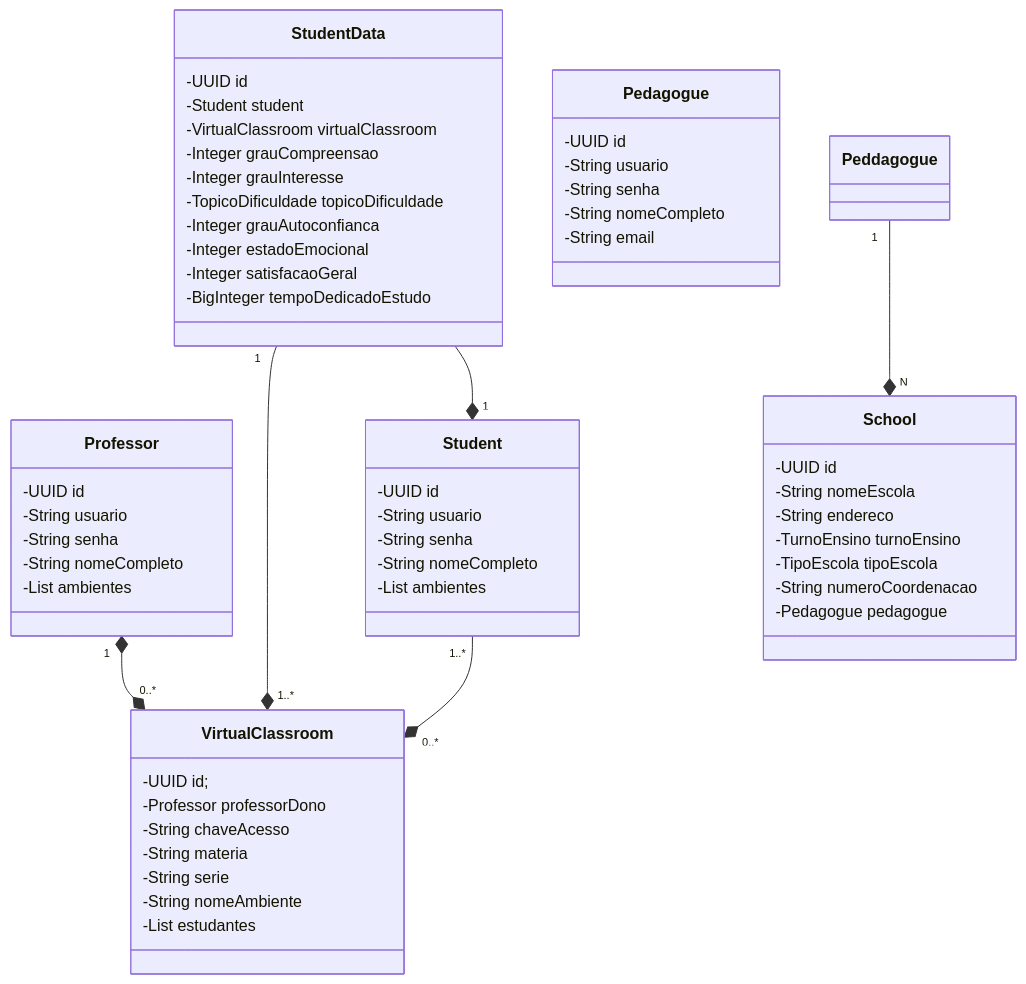
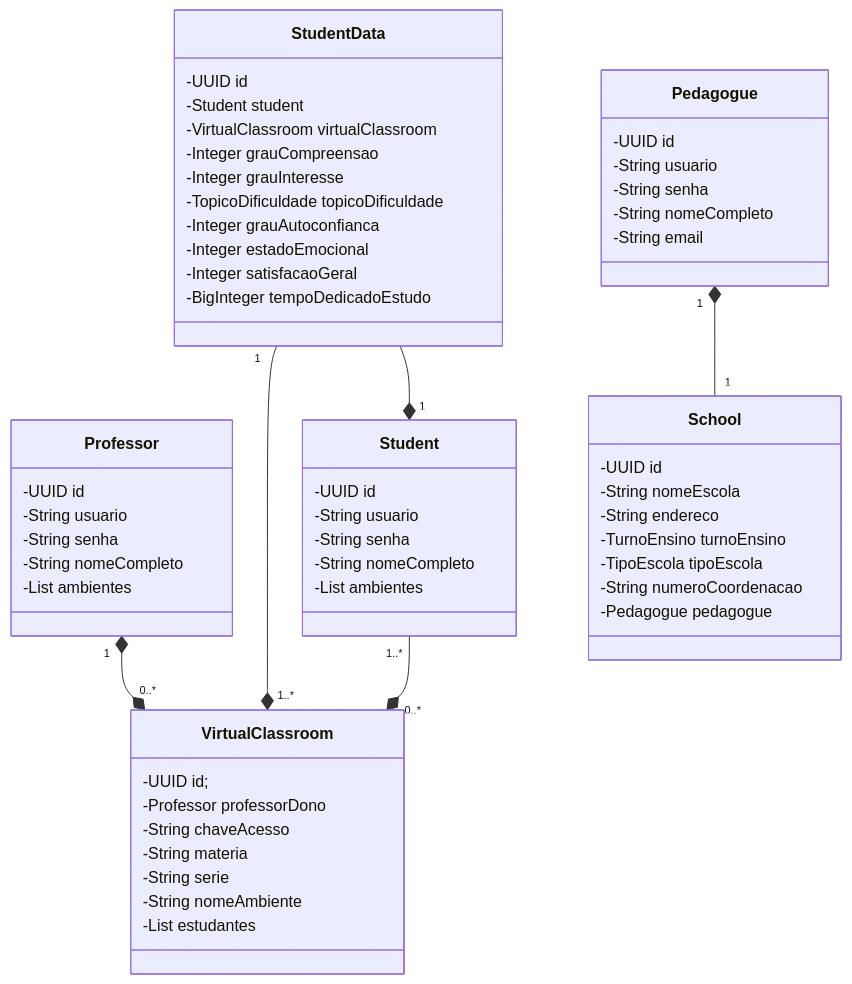
One commit to Darcy-PI/API-Darcy changed the diagram in README.md. Above: the diagram before and after it, drawn with Mermaid. The commit also changed other lines of this file, not shown here.

````diff
--- a/README.md
+++ b/README.md
@@ -26,65 +26,65 @@
 ```mermaid
 classDiagram
   class Professor {
     -UUID id
     -String usuario
     -String senha
     -String nomeCompleto
     -List<VirtualClassroom> ambientes
   }
 
   class Student {
     -UUID id
     -String usuario
     -String senha
     -String nomeCompleto
     -List<VirtualClassroom> ambientes
   }
 
   class StudentData {
     -UUID id
     -Student student
     -VirtualClassroom virtualClassroom
     -Integer grauCompreensao
     -Integer grauInteresse
     -TopicoDificuldade topicoDificuldade
     -Integer grauAutoconfianca
     -Integer estadoEmocional
     -Integer satisfacaoGeral
     -BigInteger tempoDedicadoEstudo
   }
 
   class VirtualClassroom {
     -UUID id;
     -Professor professorDono
     -String chaveAcesso
     -String materia
     -String serie
     -String nomeAmbiente
     -List<Student> estudantes
   }
 
   class Pedagogue {
     -UUID id
     -String usuario
     -String senha
     -String nomeCompleto
     -String email
   }
 
   class School {
     -UUID id
     -String nomeEscola
     -String endereco
     -TurnoEnsino turnoEnsino
     -TipoEscola tipoEscola
     -String numeroCoordenacao
     -Pedagogue pedagogue
   }
 
   Professor "1" *--* "0..*" VirtualClassroom
   StudentData "1" --* "1..*" VirtualClassroom
   StudentData --* "1" Student
   Student "1..*" --* "0..*" VirtualClassroom
-  Peddagogue "1" --* "N" School
+  Pedagogue "1" *-- "1" School
 ```
````
